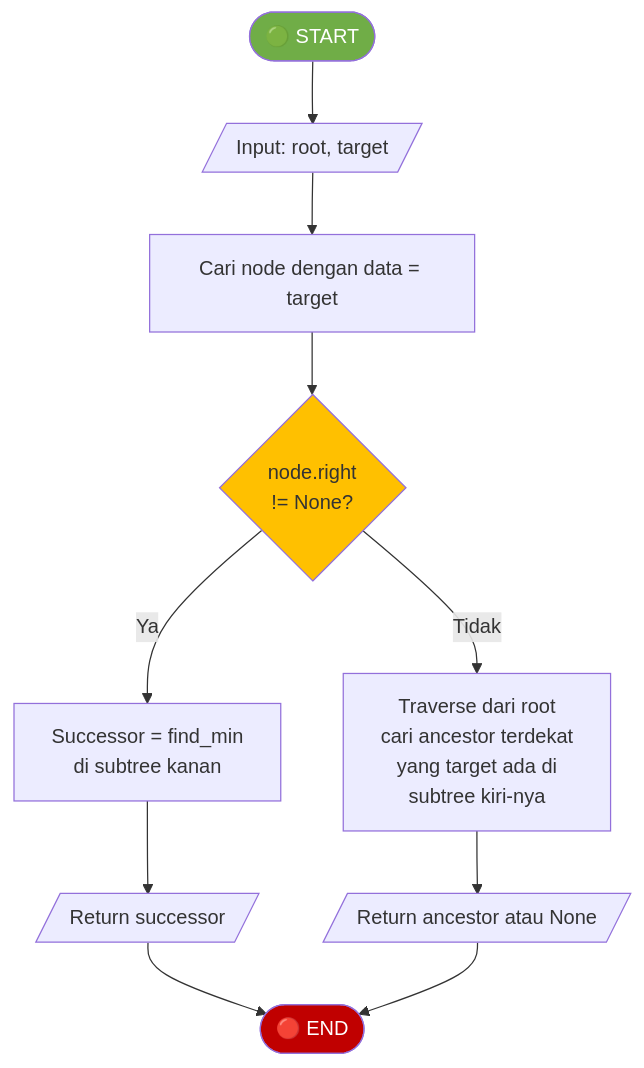
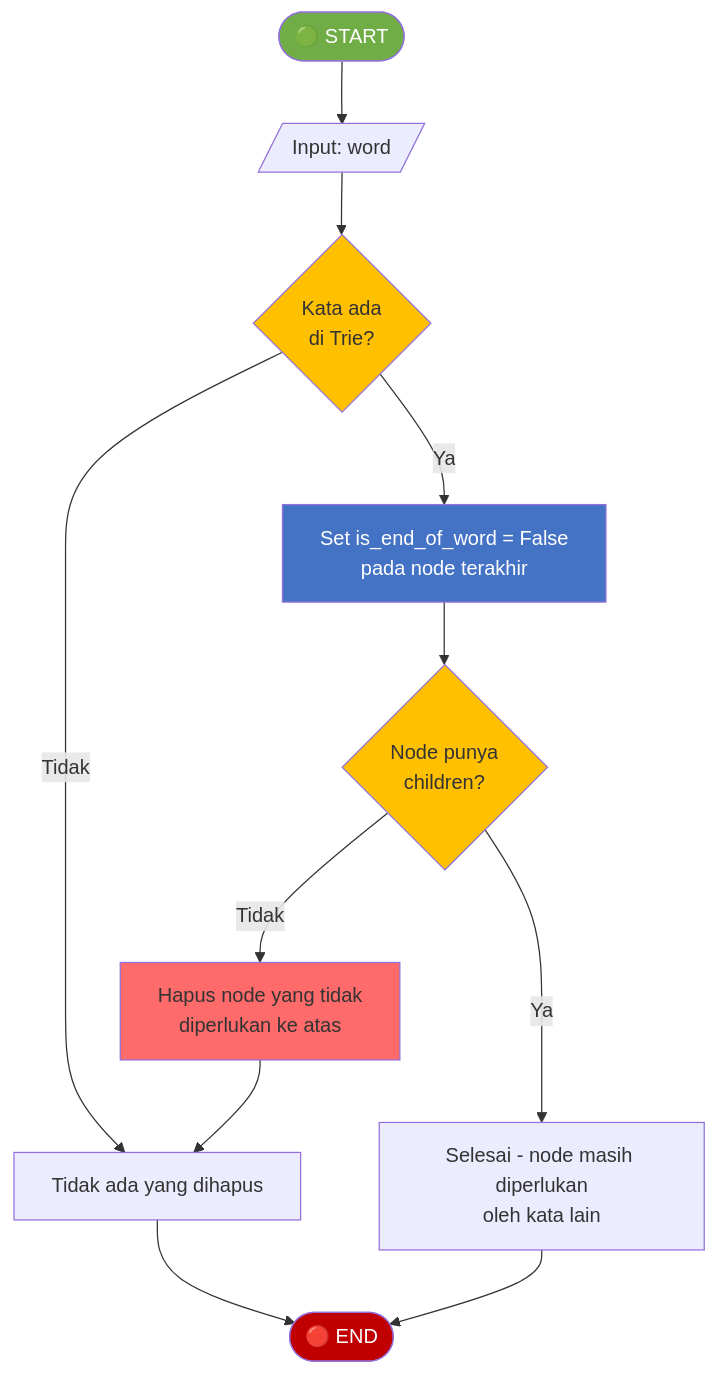
One commit to aidilsaputrakirsan/webVisualisasi changed diagram 15 of 15 in materi-baru.md. Above: the diagram before and after it, drawn with Mermaid. The commit also changed other lines of this file and 56 other files, not shown here.

````diff
--- a/materi-baru.md
+++ b/materi-baru.md
@@ -1222,16 +872,20 @@
 ```mermaid
 flowchart TD
-    START([🟢 START]) --> INPUT[/Input: root, target/]
-    INPUT --> FIND[Cari node dengan data = target]
-    FIND --> CHECKRIGHT{node.right<br/>!= None?}
-    CHECKRIGHT -->|Ya| MINRIGHT[Successor = find_min<br/>di subtree kanan]
-    CHECKRIGHT -->|Tidak| ANCESTOR[Traverse dari root<br/>cari ancestor terdekat<br/>yang target ada di<br/>subtree kiri-nya]
-    MINRIGHT --> RETURN[/Return successor/]
-    ANCESTOR --> RETURN2[/Return ancestor atau None/]
-    RETURN --> END([🔴 END])
-    RETURN2 --> END
+    START([🟢 START]) --> INPUT[/Input: word/]
+    INPUT --> CHECK1{Kata ada<br/>di Trie?}
+    CHECK1 -->|Tidak| DONE[Tidak ada yang dihapus]
+    CHECK1 -->|Ya| MARK[Set is_end_of_word = False<br/>pada node terakhir]
+    MARK --> CHECK2{Node punya<br/>children?}
+    CHECK2 -->|Ya| DONE2[Selesai - node masih diperlukan<br/>oleh kata lain]
+    CHECK2 -->|Tidak| CLEANUP[Hapus node yang tidak<br/>diperlukan ke atas]
+    CLEANUP --> DONE
+    DONE --> END([🔴 END])
+    DONE2 --> END
     
     style START fill:#70AD47,color:#fff
     style END fill:#C00000,color:#fff
-    style CHECKRIGHT fill:#FFC000
+    style CHECK1 fill:#FFC000
+    style CHECK2 fill:#FFC000
+    style MARK fill:#4472C4,color:#fff
+    style CLEANUP fill:#FF6B6B
 ```
````
